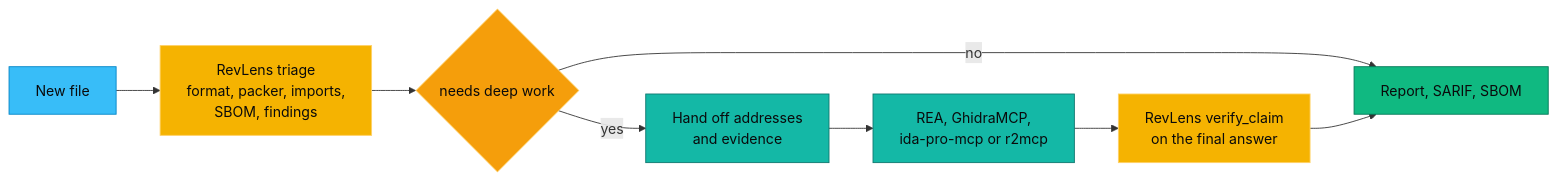
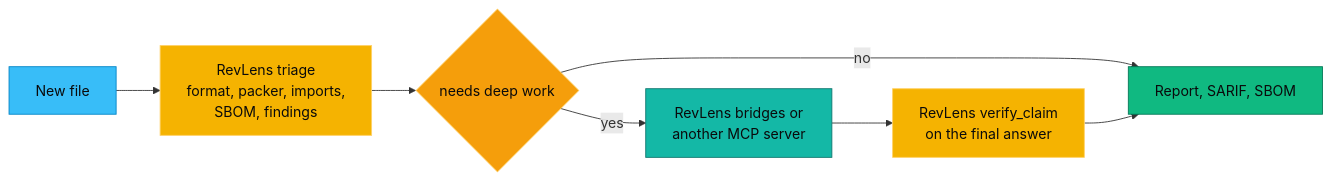
Before and after one commit to aniruddhaadak80/re: the diagram in docs/comparison.md, drawn with Mermaid. The commit also changed other lines of this file, not shown here.

Commit message:
docs: honest 1.0 comparison with REA, GhidraMCP, ida-pro-mcp, r2mcp and jadx-mcp

````diff
--- a/docs/comparison.md
+++ b/docs/comparison.md
@@ -68,15 +80,14 @@
 ```mermaid
 flowchart LR
   F[New file]:::sky --> R[RevLens triage<br/>format, packer, imports,<br/>SBOM, findings]:::gold
   R --> Q{needs deep work}:::amber
   Q -->|no| DONE[Report, SARIF, SBOM]:::emerald
-  Q -->|yes| H[Hand off addresses<br/>and evidence]:::teal
-  H --> G[REA, GhidraMCP,<br/>ida-pro-mcp or r2mcp]:::teal
-  G --> V[RevLens verify_claim<br/>on the final answer]:::gold
+  Q -->|yes| H[RevLens bridges or<br/>another MCP server]:::teal
+  H --> V[RevLens verify_claim<br/>on the final answer]:::gold
   V --> DONE
   classDef gold fill:#F5B301,stroke:#FFD166,color:#0A0A0B
   classDef amber fill:#F59E0B,stroke:#FFD166,color:#0A0A0B
   classDef teal fill:#14B8A6,stroke:#0F766E,color:#0A0A0B
   classDef emerald fill:#10B981,stroke:#047857,color:#0A0A0B
   classDef sky fill:#38BDF8,stroke:#0284C7,color:#0A0A0B
 ```
````
